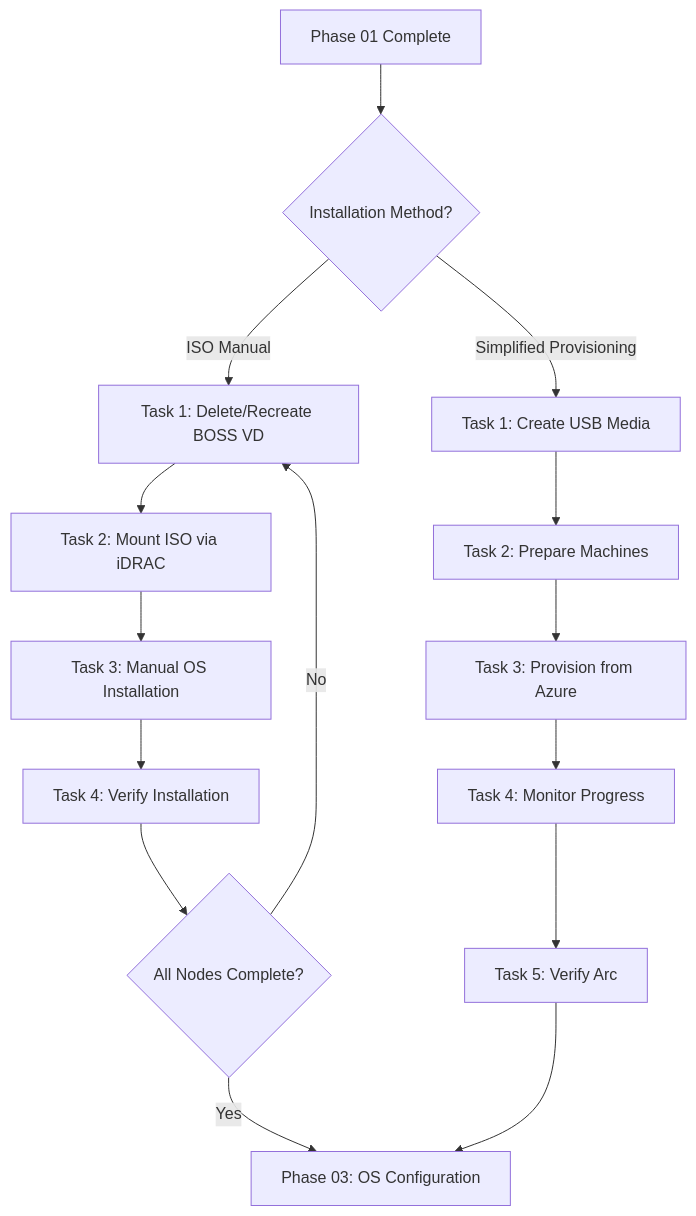
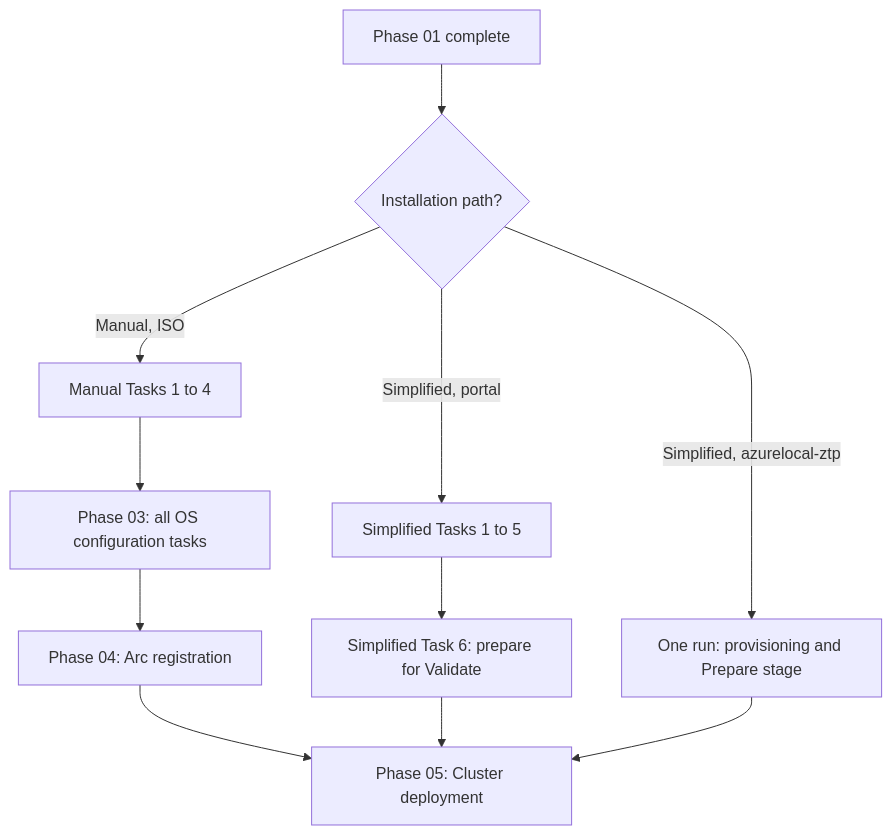
The diagram in docs/implementation/04-cluster-deployment/phase-02-os-installation/index.mdx (AzureLocal/azurelocal.github.io), drawn with Mermaid before and after one commit. The commit also changed other lines of this file and 23 other files, not shown here.

First line of the commit message:
docs(cluster-deployment): choose your route, split Phase 02 into two paths, simplified Task 06

````diff
--- a/docs/implementation/04-cluster-deployment/phase-02-os-installation/index.mdx
+++ b/docs/implementation/04-cluster-deployment/phase-02-os-installation/index.mdx
@@ -189,18 +119,13 @@
 ```mermaid
 graph TD
-  A[Phase 01 Complete] --> B{Installation Method?}
-  B -->|ISO Manual| C[Task 1: Delete/Recreate BOSS VD]
-  C --> D[Task 2: Mount ISO via iDRAC]
-  D --> E[Task 3: Manual OS Installation]
-  E --> F[Task 4: Verify Installation]
-  F --> G{All Nodes Complete?}
-  G -->|No| C
-  G -->|Yes| H[Phase 03: OS Configuration]
-
-  B -->|Simplified Provisioning| I[Task 1: Create USB Media]
-  I --> J[Task 2: Prepare Machines]
-  J --> K[Task 3: Provision from Azure]
-  K --> L[Task 4: Monitor Progress]
-  L --> M[Task 5: Verify Arc]
-  M --> H
+  A[Phase 01 complete] --> B{Installation path?}
+  B -->|Manual, ISO| C[Manual Tasks 1 to 4]
+  C --> D[Phase 03: all OS configuration tasks]
+  D --> E[Phase 04: Arc registration]
+  B -->|Simplified, portal| F[Simplified Tasks 1 to 5]
+  F --> G[Simplified Task 6: prepare for Validate]
+  B -->|Simplified, azurelocal-ztp| H[One run: provisioning and Prepare stage]
+  E --> I[Phase 05: Cluster deployment]
+  G --> I
+  H --> I
 ```
````
